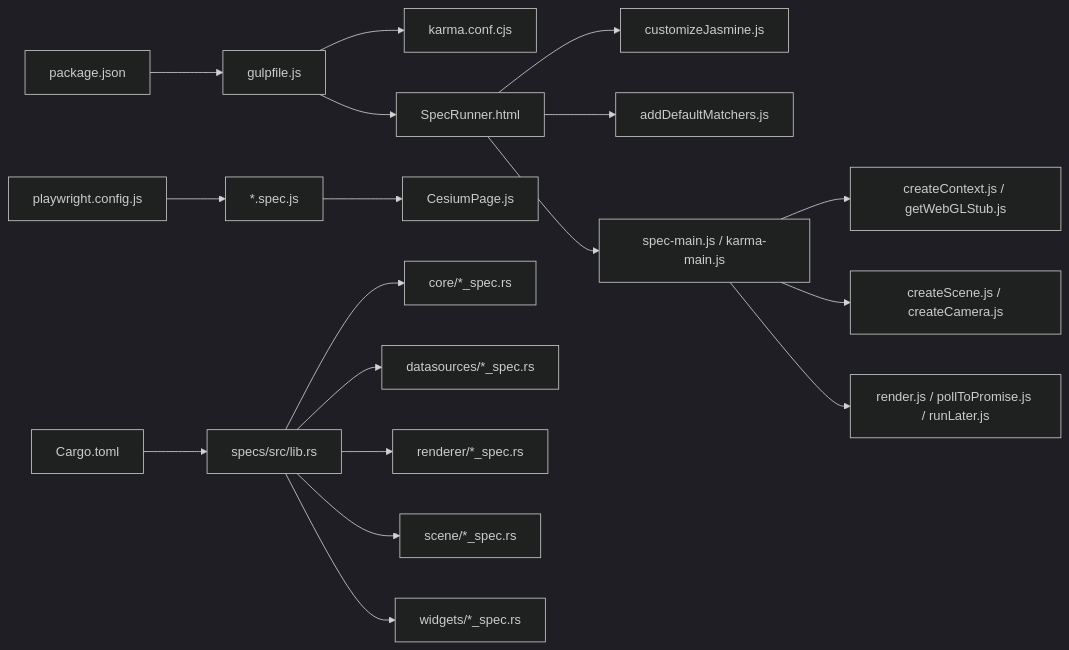
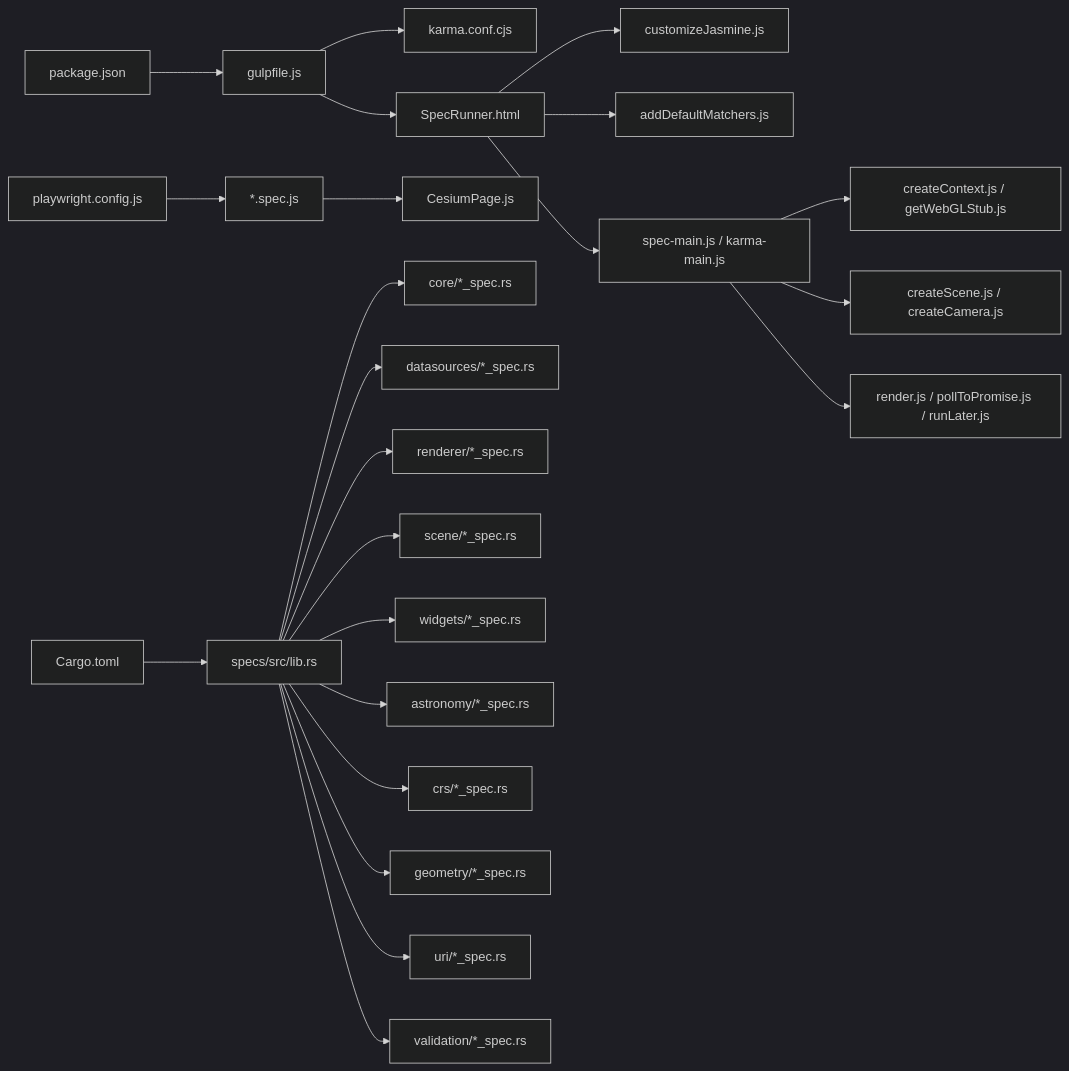
Before and after one commit to rzhangjing/cesium: the seventh of 7 diagrams in .qoder/repowiki/zh/content/测试与调试/测试与调试.md, drawn with Mermaid (dark theme). The commit also changed other lines of this file and 90 other files, not shown here.

````diff
--- a/.qoder/repowiki/zh/content/测试与调试/测试与调试.md
+++ b/.qoder/repowiki/zh/content/测试与调试/测试与调试.md
@@ -440,20 +564,25 @@
 ```mermaid
 graph LR
 Pkg["package.json"] --> Gulp["gulpfile.js"]
 Gulp --> Karma["karma.conf.cjs"]
 Gulp --> Jasmine["SpecRunner.html"]
 Jasmine --> Custom["customizeJasmine.js"]
 Jasmine --> Matchers["addDefaultMatchers.js"]
 Jasmine --> Env["spec-main.js / karma-main.js"]
 Env --> GL["createContext.js / getWebGLStub.js"]
 Env --> Scene["createScene.js / createCamera.js"]
 Env --> Render["render.js / pollToPromise.js / runLater.js"]
 E2E["playwright.config.js"] --> E2ETests["*.spec.js"]
 E2ETests --> Page["CesiumPage.js"]
 Cargo["Cargo.toml"] --> RustLib["specs/src/lib.rs"]
 RustLib --> CoreTests["core/*_spec.rs"]
 RustLib --> DataTests["datasources/*_spec.rs"]
 RustLib --> RenderTests["renderer/*_spec.rs"]
 RustLib --> SceneTests["scene/*_spec.rs"]
 RustLib --> WidgetTests["widgets/*_spec.rs"]
+RustLib --> AstroTests["astronomy/*_spec.rs"]
+RustLib --> CRSTests["crs/*_spec.rs"]
+RustLib --> GeoTests["geometry/*_spec.rs"]
+RustLib --> URITests["uri/*_spec.rs"]
+RustLib --> ValTests["validation/*_spec.rs"]
 ```
````
